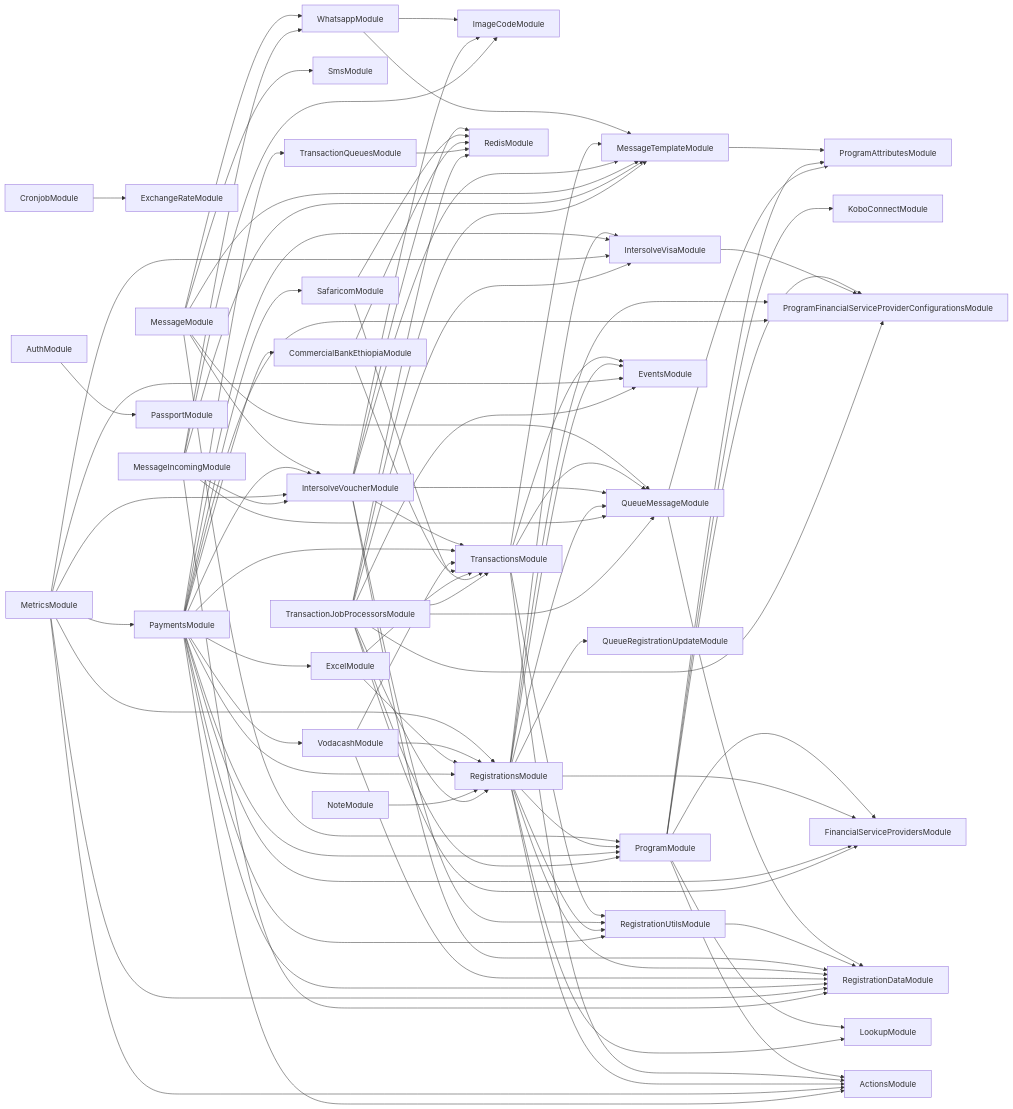
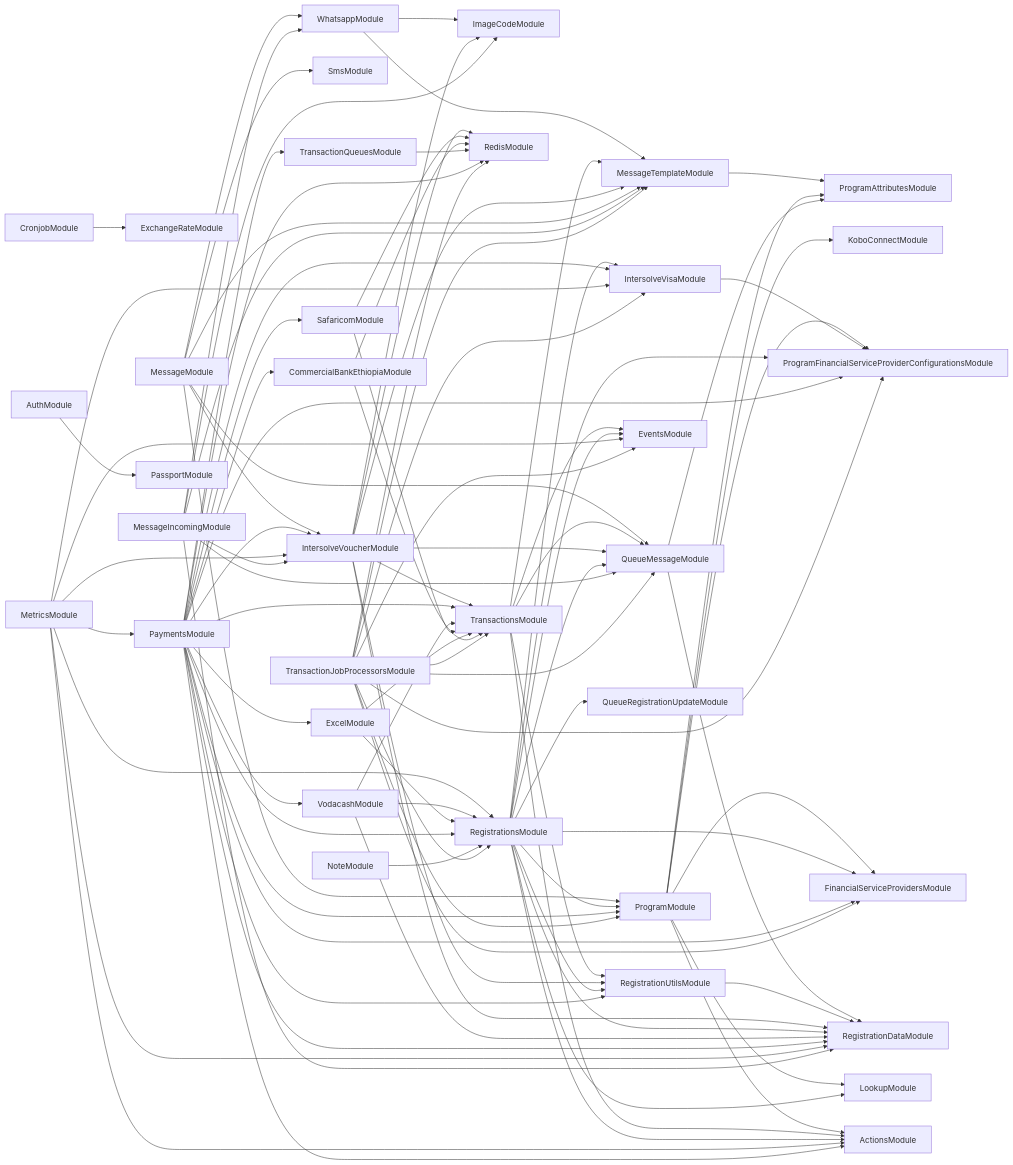
Before and after one commit to global-121/121-platform: the diagram in services/121-service/module-dependencies.md, drawn with Mermaid. The commit also changed 23 other files, not shown here.

```diff
--- a/services/121-service/module-dependencies.md
+++ b/services/121-service/module-dependencies.md
@@ -73,6 +73,7 @@
   TransactionQueuesModule-->RedisModule
   PaymentsModule-->FinancialServiceProvidersModule
   PaymentsModule-->ProgramFinancialServiceProviderConfigurationsModule
+  PaymentsModule-->RedisModule
   MetricsModule-->IntersolveVisaModule
   MetricsModule-->IntersolveVoucherModule
   MetricsModule-->EventsModule
```
